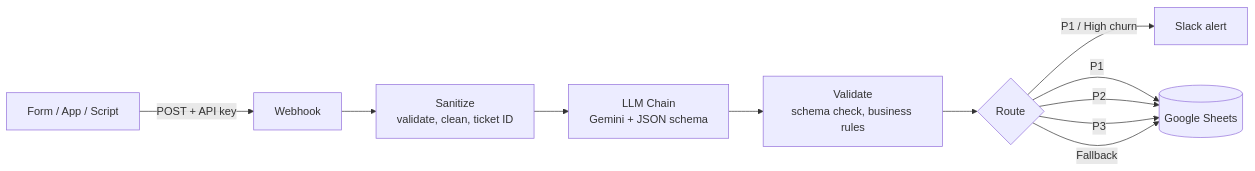
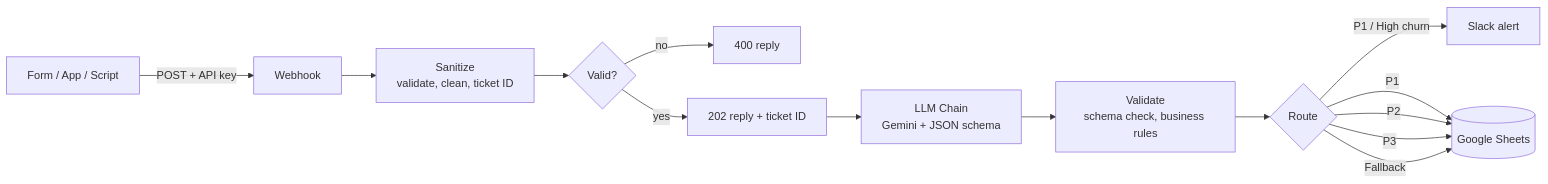
Before and after one commit to riyu658/ai-feedback-triage-n8n: the diagram in README.md, drawn with Mermaid. The commit also changed other lines of this file, not shown here.

````diff
--- a/README.md
+++ b/README.md
@@ -22,13 +22,16 @@
 ```mermaid
 flowchart LR
     A[Form / App / Script] -->|POST + API key| B[Webhook]
     B --> C[Sanitize<br/>validate, clean, ticket ID]
-    C --> D[LLM Chain<br/>Gemini + JSON schema]
+    C --> V{Valid?}
+    V -->|no| X[400 reply]
+    V -->|yes| Y[202 reply + ticket ID]
+    Y --> D[LLM Chain<br/>Gemini + JSON schema]
     D --> E[Validate<br/>schema check, business rules]
     E --> F{Route}
     F -->|P1 / High churn| G[Slack alert]
     F -->|P1| H[(Google Sheets)]
     F -->|P2| H
     F -->|P3| H
     F -->|Fallback| H
 ```
````
